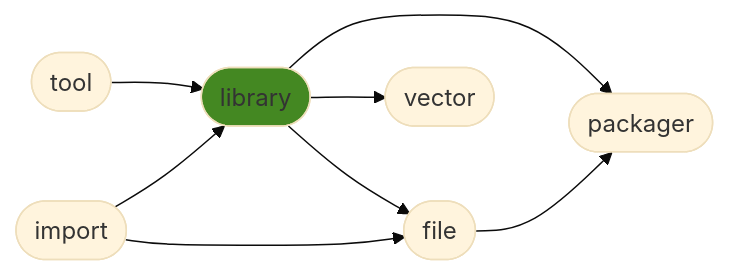
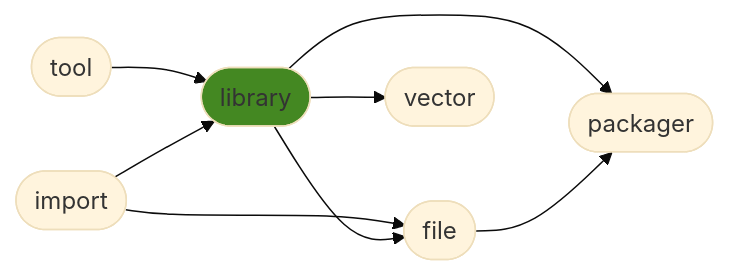
Before and after one commit to ManderaGeneral/generallibrary: the diagram in README.md, drawn with Mermaid (base theme). The commit also changed other lines of this file, not shown here.

````diff
--- a/README.md
+++ b/README.md
@@ -24,17 +24,17 @@
 ```mermaid
 flowchart LR
+2([library]) --> 5([packager])
+2([library]) --> 4([vector])
+3([file]) --> 5([packager])
+0([import]) --> 3([file])
 1([tool]) --> 2([library])
-2([library]) --> 4([vector])
-2([library]) --> 5([packager])
+0([import]) --> 2([library])
 2([library]) --> 3([file])
-0([import]) --> 3([file])
-3([file]) --> 5([packager])
-0([import]) --> 2([library])
 click 0 "https://github.com/ManderaGeneral/generalimport"
 click 1 "https://github.com/ManderaGeneral/generaltool"
 click 2 "https://github.com/ManderaGeneral/generallibrary"
 click 3 "https://github.com/ManderaGeneral/generalfile"
 click 4 "https://github.com/ManderaGeneral/generalvector"
 click 5 "https://github.com/ManderaGeneral/generalpackager"
 style 2 fill:#482
 ```
````
